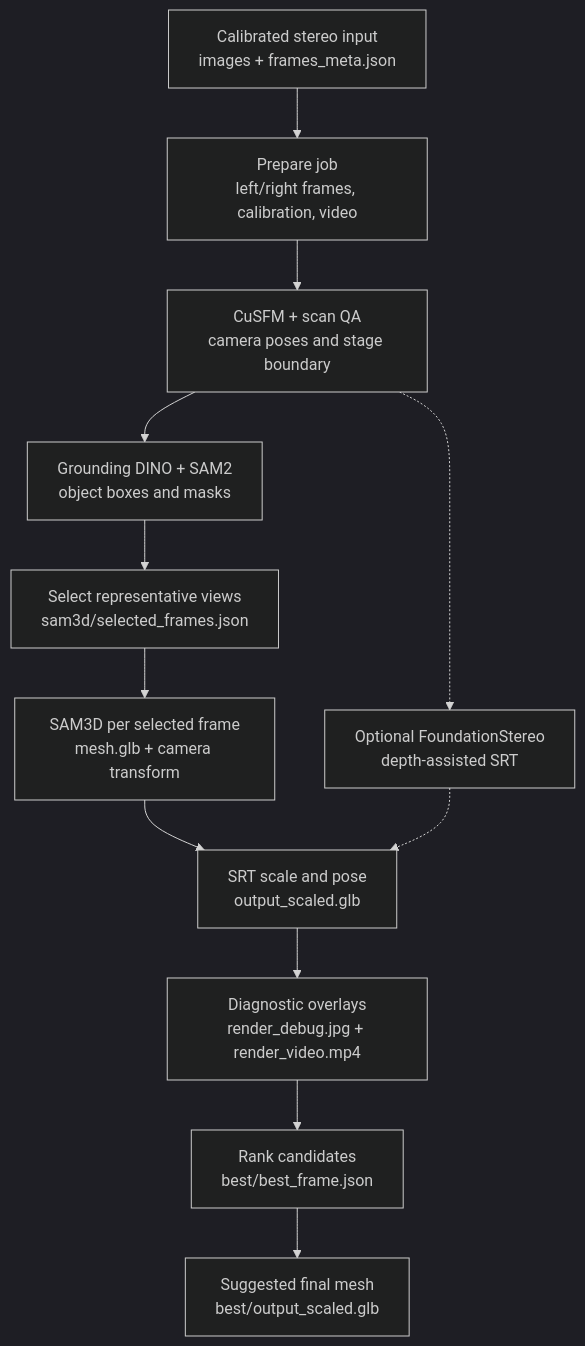
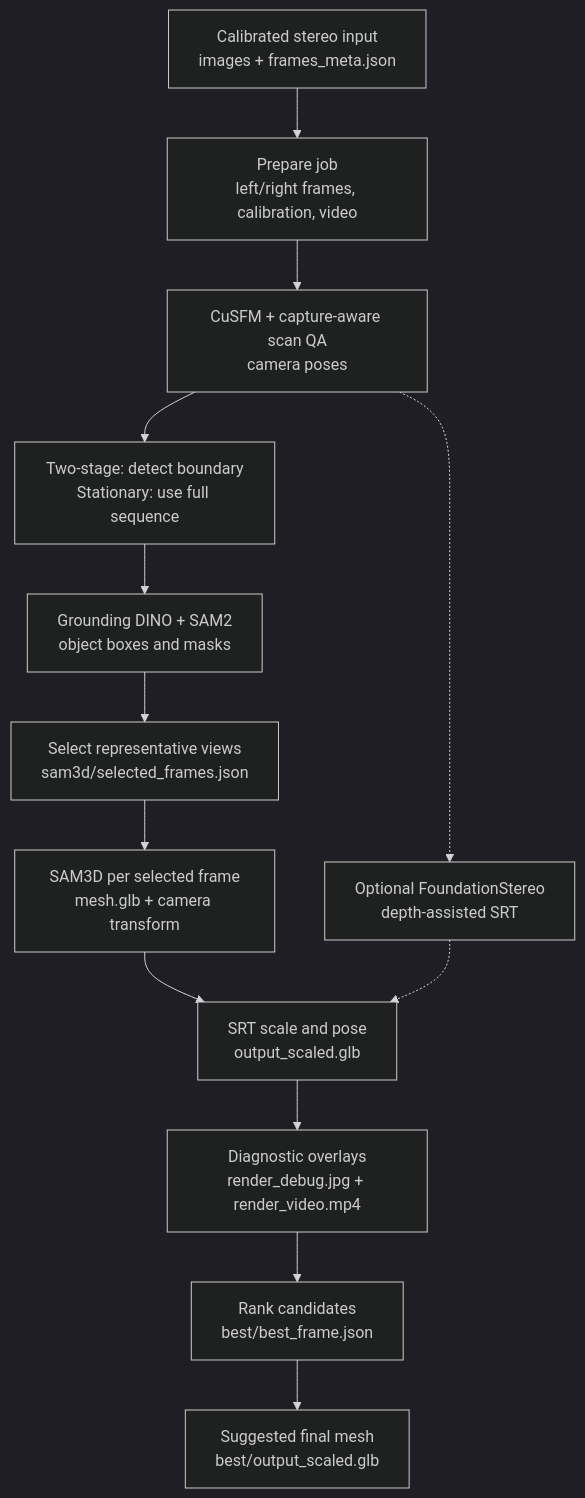
Before and after one commit to zjifan121-source/NVIDIA_V2D_Egocentric: the second of 2 diagrams in baseline/reconstruction/modules/v2d_hoi_object_reconstruction/README.md, drawn with Mermaid (dark theme). The commit also changed other lines of this file and 2289 other files, not shown here.

````diff
--- a/baseline/reconstruction/modules/v2d_hoi_object_reconstruction/README.md
+++ b/baseline/reconstruction/modules/v2d_hoi_object_reconstruction/README.md
@@ -486,14 +524,15 @@
 ```mermaid
 flowchart TD
     A["Calibrated stereo input<br/>images + frames_meta.json"] --> B["Prepare job<br/>left/right frames, calibration, video"]
-    B --> C["CuSFM + scan QA<br/>camera poses and stage boundary"]
-    C --> D["Grounding DINO + SAM2<br/>object boxes and masks"]
+    B --> C["CuSFM + capture-aware scan QA<br/>camera poses"]
+    C --> C2["Two-stage: detect boundary<br/>Stationary: use full sequence"]
+    C2 --> D["Grounding DINO + SAM2<br/>object boxes and masks"]
     D --> E["Select representative views<br/>sam3d/selected_frames.json"]
     E --> F["SAM3D per selected frame<br/>mesh.glb + camera transform"]
     F --> G["SRT scale and pose<br/>output_scaled.glb"]
     G --> H["Diagnostic overlays<br/>render_debug.jpg + render_video.mp4"]
     H --> I["Rank candidates<br/>best/best_frame.json"]
     I --> J["Suggested final mesh<br/>best/output_scaled.glb"]
     C -.-> K["Optional FoundationStereo<br/>depth-assisted SRT"]
     K -.-> G
 ```
````
